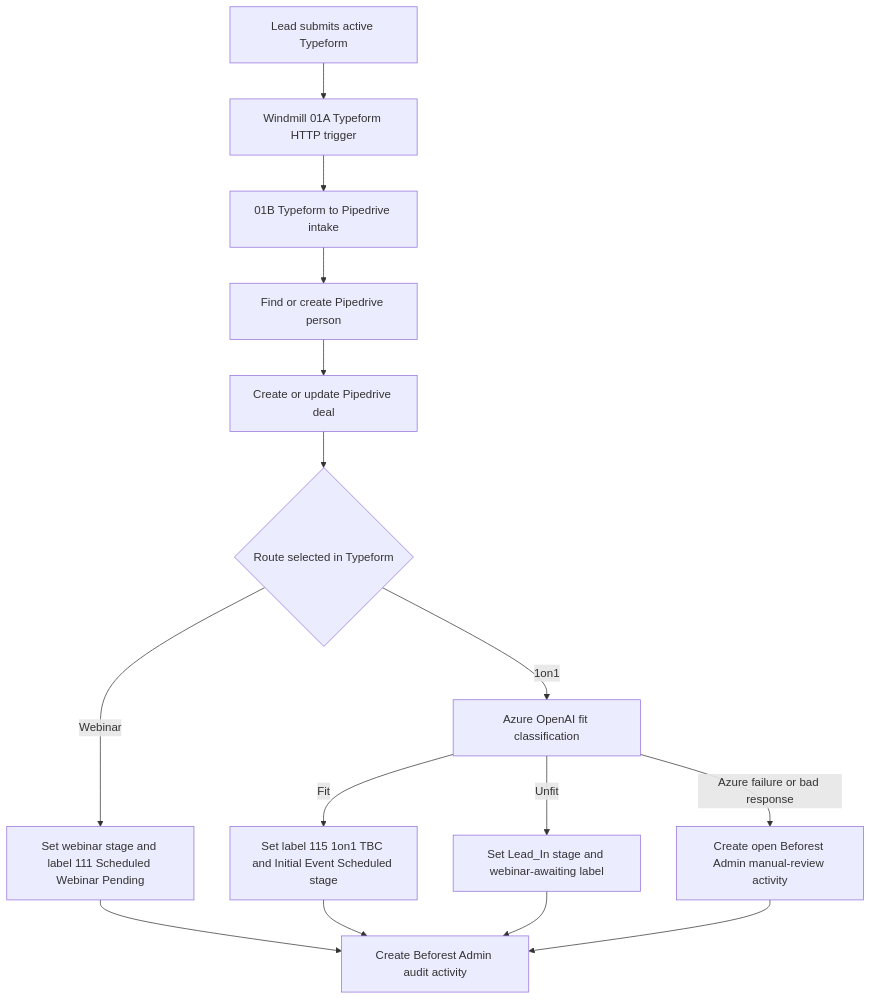
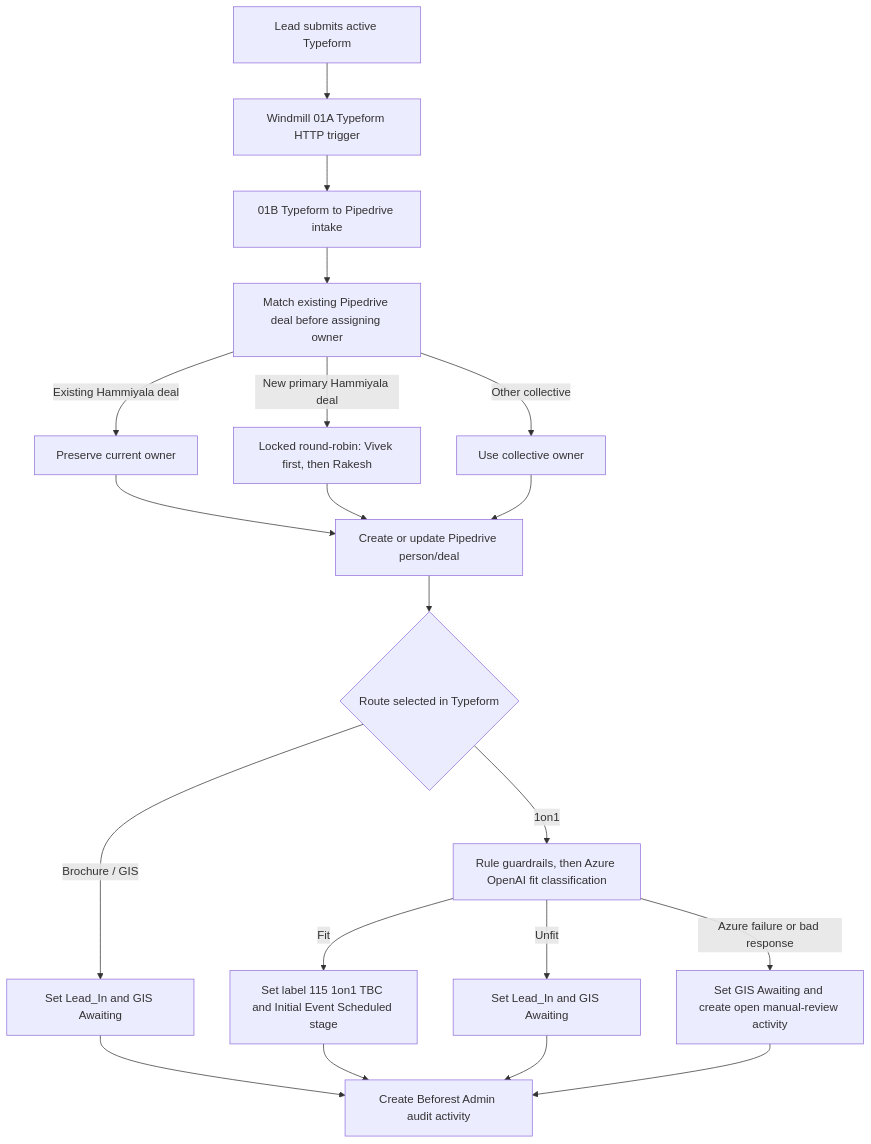
The first of 5 diagrams in workflow_sales/team_handoff/01_system_overview.md (harshaislive/windmill), drawn with Mermaid before and after one commit. The commit also changed other lines of this file and 971 other files, not shown here.

````diff
--- a/workflow_sales/team_handoff/01_system_overview.md
+++ b/workflow_sales/team_handoff/01_system_overview.md
@@ -29,17 +30,22 @@
 ```mermaid
 flowchart TD
   A["Lead submits active Typeform"] --> B["Windmill 01A Typeform HTTP trigger"]
   B --> C["01B Typeform to Pipedrive intake"]
-  C --> D["Find or create Pipedrive person"]
-  D --> E["Create or update Pipedrive deal"]
-  E --> F{"Route selected in Typeform"}
-  F -->|"Webinar"| G["Set webinar stage and label 111 Scheduled Webinar Pending"]
-  F -->|"1on1"| H["Azure OpenAI fit classification"]
+  C --> D["Match existing Pipedrive deal before assigning owner"]
+  D -->|"Existing Hammiyala deal"| E["Preserve current owner"]
+  D -->|"New primary Hammiyala deal"| E2["Locked round-robin: Vivek first, then Rakesh"]
+  D -->|"Other collective"| E3["Use collective owner"]
+  E --> F
+  E2 --> F
+  E3 --> F
+  F["Create or update Pipedrive person/deal"] --> F2{"Route selected in Typeform"}
+  F2 -->|"Brochure / GIS"| G["Set Lead_In and GIS Awaiting"]
+  F2 -->|"1on1"| H["Rule guardrails, then Azure OpenAI fit classification"]
   H -->|"Fit"| I["Set label 115 1on1 TBC and Initial Event Scheduled stage"]
-  H -->|"Unfit"| J["Set Lead_In stage and webinar-awaiting label"]
-  H -->|"Azure failure or bad response"| K["Create open Beforest Admin manual-review activity"]
+  H -->|"Unfit"| J["Set Lead_In and GIS Awaiting"]
+  H -->|"Azure failure or bad response"| K["Set GIS Awaiting and create open manual-review activity"]
   G --> L["Create Beforest Admin audit activity"]
   I --> L
   J --> L
   K --> L
 ```
````
